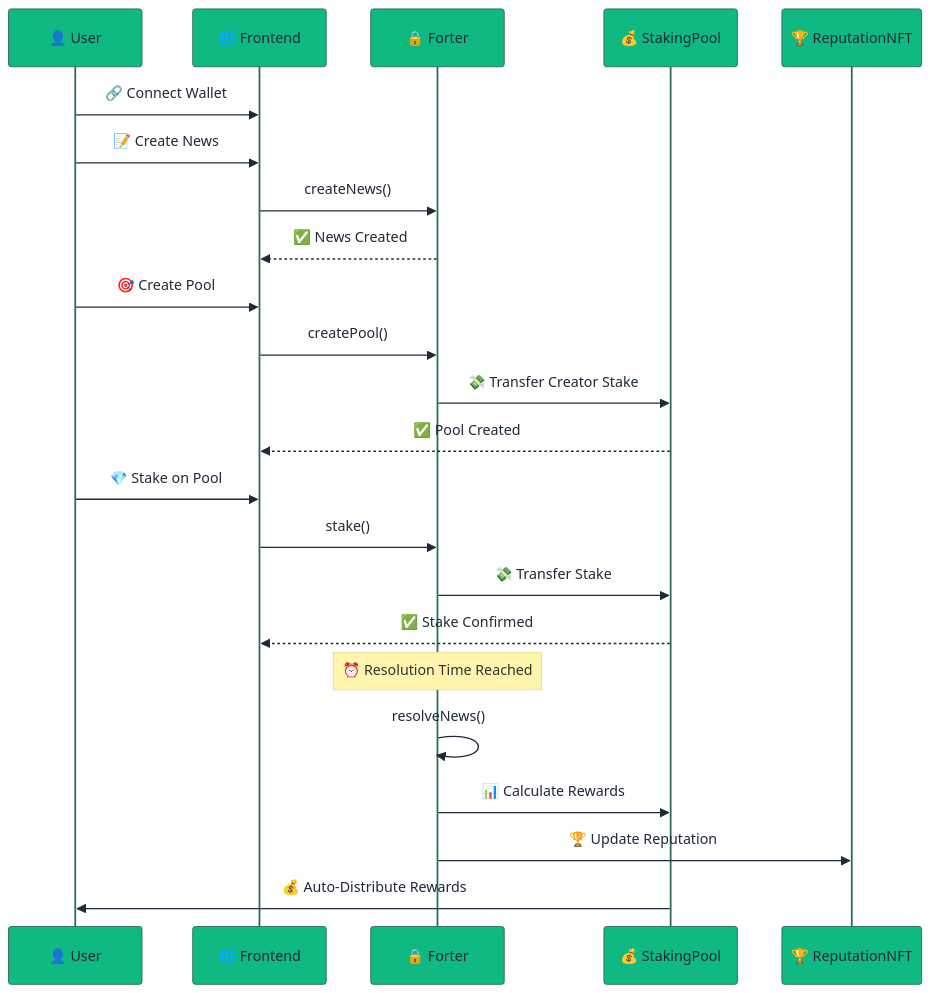
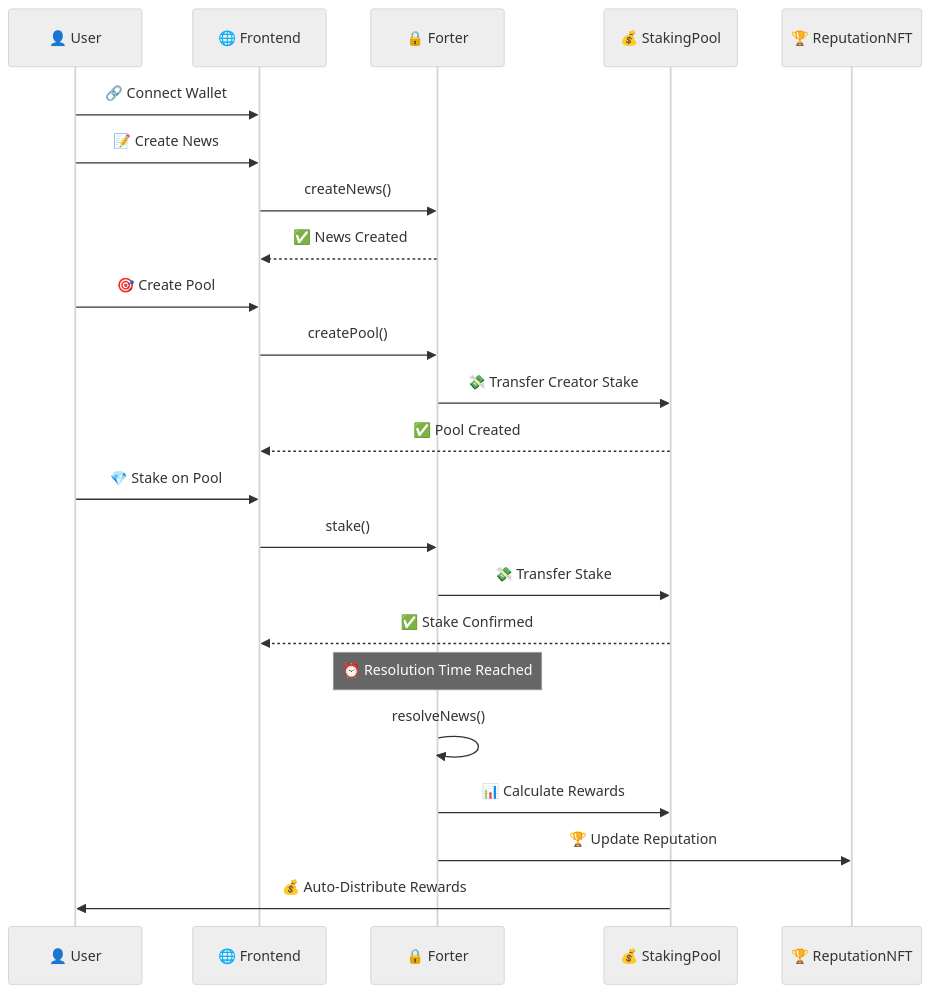
Before and after one commit to luthfidi/forter-news: the second of 2 diagrams in README.MD, drawn with Mermaid. The commit also changed other lines of this file, not shown here.

Commit message:
clean mermaid

````diff
--- a/README.MD
+++ b/README.MD
@@ -238,30 +238,30 @@
 ```mermaid
-%%{init: {'theme': 'base', 'themeVariables': { 'primaryColor': '#10B981', 'primaryTextColor': '#1F2937', 'lineColor': '#E5E7EB'}}}%%
+%%{init: {'theme': 'neutral'}}%%
 sequenceDiagram
     participant User as 👤 User
     participant Frontend as 🌐 Frontend
     participant Forter as 🔒 Forter
     participant StakingPool as 💰 StakingPool
     participant ReputationNFT as 🏆 ReputationNFT
 
     User->>Frontend: 🔗 Connect Wallet
     User->>Frontend: 📝 Create News
     Frontend->>Forter: createNews()
     Forter-->>Frontend: ✅ News Created
 
     User->>Frontend: 🎯 Create Pool
     Frontend->>Forter: createPool()
     Forter->>StakingPool: 💸 Transfer Creator Stake
     StakingPool-->>Frontend: ✅ Pool Created
 
     User->>Frontend: 💎 Stake on Pool
     Frontend->>Forter: stake()
     Forter->>StakingPool: 💸 Transfer Stake
     StakingPool-->>Frontend: ✅ Stake Confirmed
 
     Note over Forter: ⏰ Resolution Time Reached
     Forter->>Forter: resolveNews()
     Forter->>StakingPool: 📊 Calculate Rewards
     Forter->>ReputationNFT: 🏆 Update Reputation
     StakingPool->>User: 💰 Auto-Distribute Rewards
 ```
````
